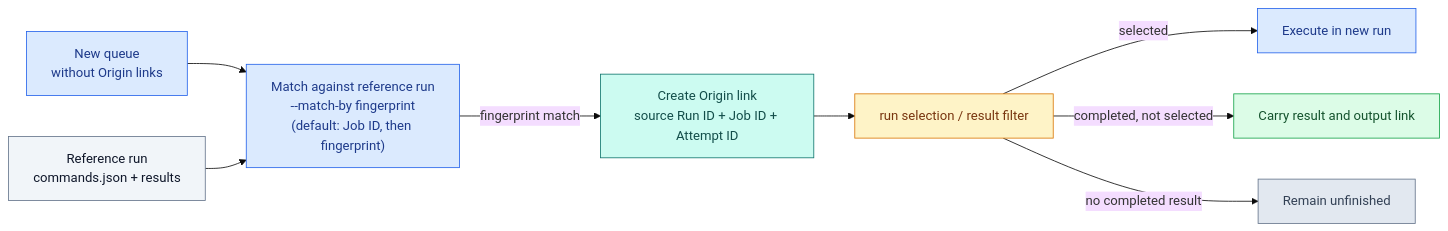
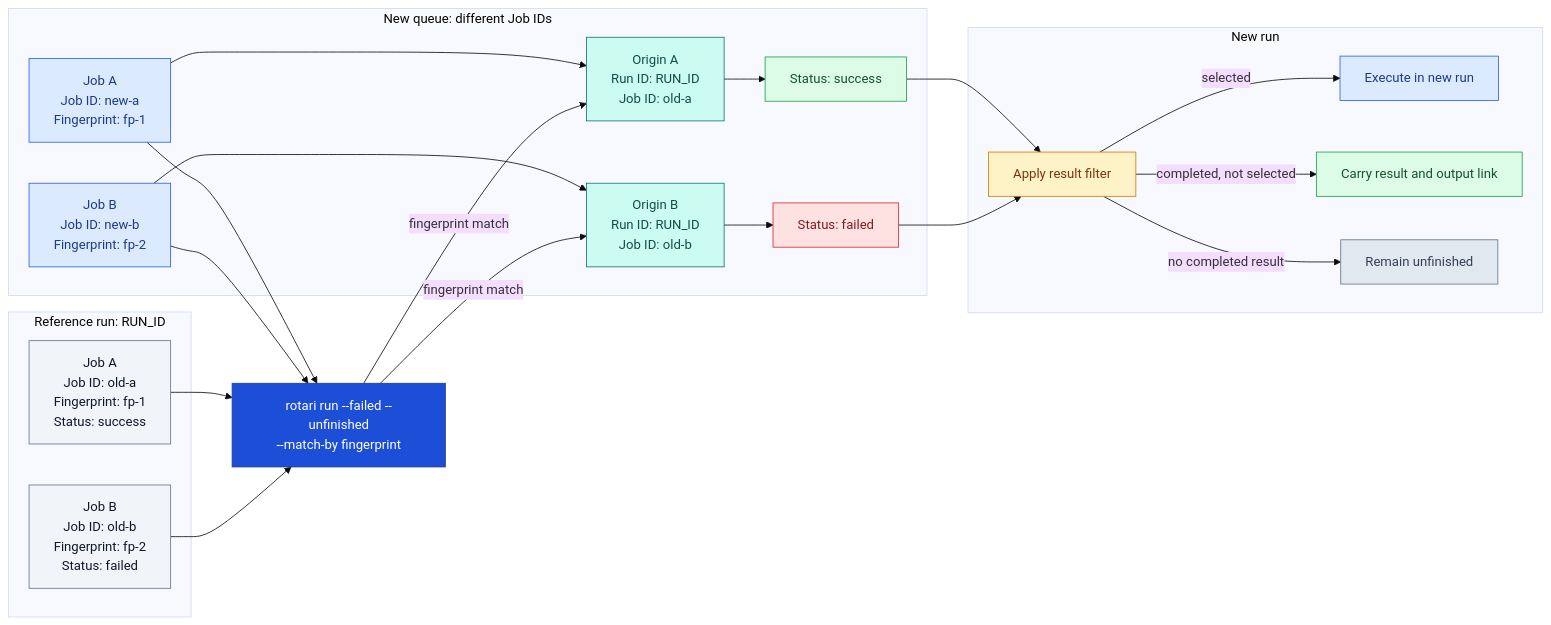
Before and after one commit to kamo-naoyuki/rotari: the second of 3 diagrams in docs/RUNNING.md, drawn with Mermaid (base theme). The commit also changed other lines of this file, not shown here.

Commit message:
docs: diagram fingerprint matching through filtered run

````diff
--- a/docs/RUNNING.md
+++ b/docs/RUNNING.md
@@ -260,27 +263,57 @@
 ```mermaid
 flowchart LR
-  NewQueue["New queue<br/>without Origin links"] --> Match["Match against reference run<br/>--match-by fingerprint<br/>(default: Job ID, then fingerprint)"]
-  Reference["Reference run<br/>commands.json + results"] --> Match
-  Match -->|"fingerprint match"| Origin["Create Origin link<br/>source Run ID + Job ID + Attempt ID"]
-  Origin --> Filter["run selection / result filter"]
-  Filter -->|"selected"| Execute["Execute in new run"]
-  Filter -->|"completed, not selected"| Carry["Carry result and output link"]
-  Filter -->|"no completed result"| Unfinished["Remain unfinished"]
+  subgraph ReferenceRun["Reference run: RUN_ID"]
+    SourceA["Job A<br/>Job ID: old-a<br/>Fingerprint: fp-1<br/>Status: success"]
+    SourceB["Job B<br/>Job ID: old-b<br/>Fingerprint: fp-2<br/>Status: failed"]
+  end
+
+  RunCmd["rotari run --failed --unfinished<br/>--match-by fingerprint"]
+
+  subgraph NewQueue["New queue: different Job IDs"]
+    NewA["Job A<br/>Job ID: new-a<br/>Fingerprint: fp-1"]
+    NewB["Job B<br/>Job ID: new-b<br/>Fingerprint: fp-2"]
+    OriginA["Origin A<br/>Run ID: RUN_ID<br/>Job ID: old-a"]
+    OriginB["Origin B<br/>Run ID: RUN_ID<br/>Job ID: old-b"]
+    StatusA["Status: success"]
+    StatusB["Status: failed"]
+    NewA --> OriginA --> StatusA
+    NewB --> OriginB --> StatusB
+  end
+
+  SourceA --> RunCmd
+  SourceB --> RunCmd
+  NewA --> RunCmd
+  NewB --> RunCmd
+  RunCmd -->|"fingerprint match"| OriginA
+  RunCmd -->|"fingerprint match"| OriginB
+  StatusA --> Filter
+  StatusB --> Filter
+
+  subgraph NewRun["New run"]
+    Filter["Apply result filter"]
+    Filter -->|"selected"| Execute["Execute in new run"]
+    Filter -->|"completed, not selected"| Carry["Carry result and output link"]
+    Filter -->|"no completed result"| Unfinished["Remain unfinished"]
+  end
 
   classDef source fill:#f1f5f9,stroke:#64748b,color:#0f172a
   classDef queue fill:#dbeafe,stroke:#2563eb,color:#1e3a8a
-  classDef match fill:#dbeafe,stroke:#2563eb,color:#1e3a8a
   classDef origin fill:#ccfbf1,stroke:#0f766e,color:#134e4a
   classDef filter fill:#fef3c7,stroke:#d97706,color:#78350f
   classDef execute fill:#dbeafe,stroke:#2563eb,color:#1e3a8a
   classDef carried fill:#dcfce7,stroke:#16a34a,color:#14532d
   classDef unfinished fill:#e2e8f0,stroke:#64748b,color:#334155
-  class NewQueue queue
-  class Reference source
-  class Match match
-  class Origin origin
+  classDef command fill:#1d4ed8,stroke:#1e3a8a,color:#ffffff
+  classDef success fill:#dcfce7,stroke:#16a34a,color:#14532d
+  classDef failed fill:#fee2e2,stroke:#dc2626,color:#7f1d1d
+  class SourceA,SourceB source
+  class NewA,NewB queue
+  class OriginA,OriginB origin
+  class StatusA success
+  class StatusB failed
+  class RunCmd command
   class Filter filter
   class Execute execute
   class Carry carried
   class Unfinished unfinished
 ```
````
